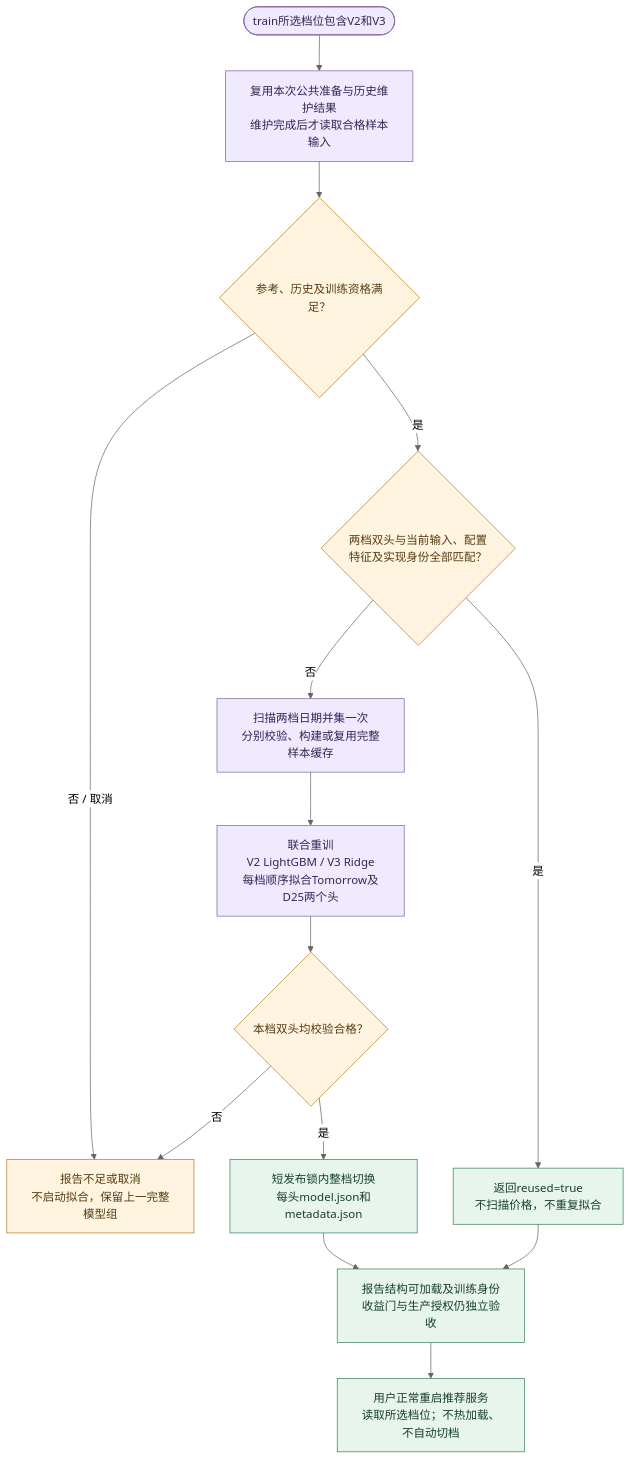
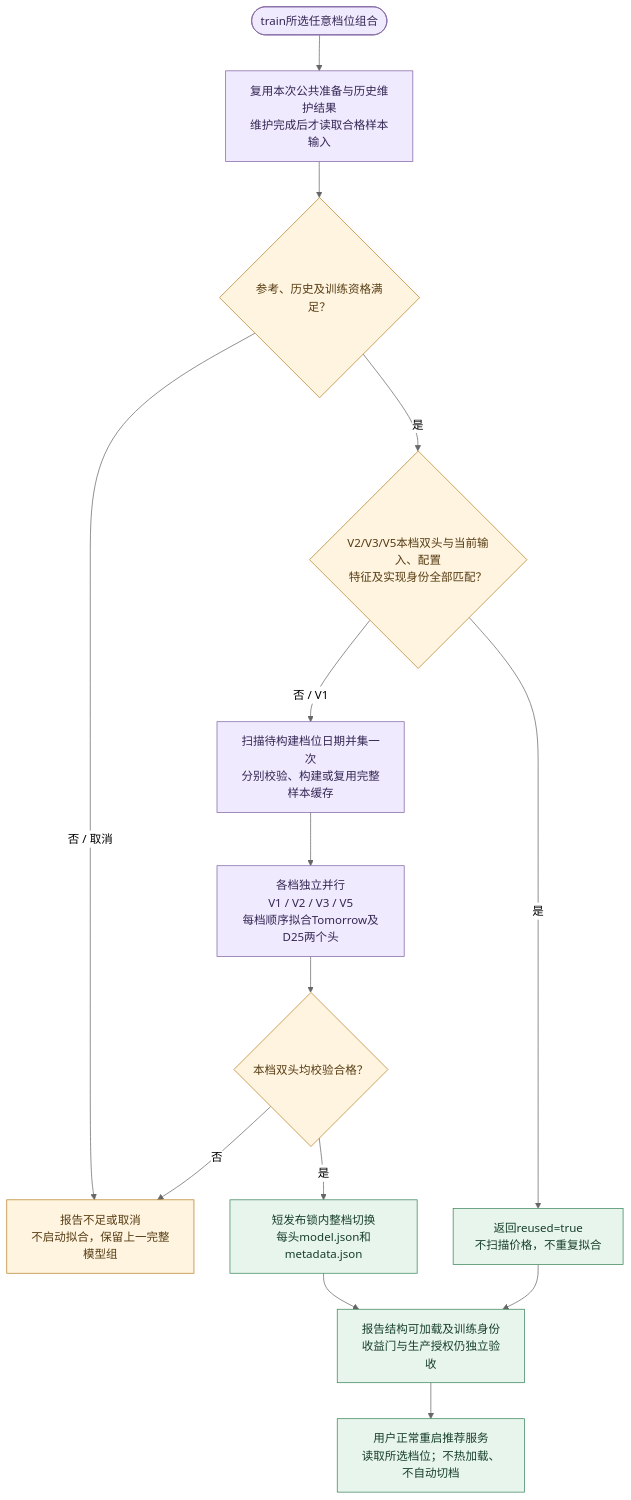
One commit to 373699756/trader changed the second of 4 diagrams in docs/4_下载训练.md. Above: the diagram before and after it, drawn with Mermaid (neutral theme). The commit also changed other lines of this file and 50 other files, not shown here.

````diff
--- a/docs/4_下载训练.md
+++ b/docs/4_下载训练.md
@@ -65,22 +65,22 @@
 ```mermaid
 flowchart TD
-    Train(["train所选档位包含V2和V3"]) --> History["复用本次公共准备与历史维护结果<br/>维护完成后才读取合格样本输入"]
+    Train(["train所选任意档位组合"]) --> History["复用本次公共准备与历史维护结果<br/>维护完成后才读取合格样本输入"]
     History --> Ready{"参考、历史及训练资格满足？"}
     Ready -->|否 / 取消| Stop["报告不足或取消<br/>不启动拟合，保留上一完整模型组"]
-    Ready -->|是| Identity{"两档双头与当前输入、配置<br/>特征及实现身份全部匹配？"}
+    Ready -->|是| Identity{"V2/V3/V5本档双头与当前输入、配置<br/>特征及实现身份全部匹配？"}
     Identity -->|是| Reuse["返回reused=true<br/>不扫描价格，不重复拟合"]
-    Identity -->|否| Samples["扫描两档日期并集一次<br/>分别校验、构建或复用完整样本缓存"]
-    Samples --> Fit["联合重训<br/>V2 LightGBM / V3 Ridge<br/>每档顺序拟合Tomorrow及D25两个头"]
+    Identity -->|否 / V1| Samples["扫描待构建档位日期并集一次<br/>分别校验、构建或复用完整样本缓存"]
+    Samples --> Fit["各档独立并行<br/>V1 / V2 / V3 / V5<br/>每档顺序拟合Tomorrow及D25两个头"]
     Fit --> Valid{"本档双头均校验合格？"}
     Valid -->|否| Stop
     Valid -->|是| Publish["短发布锁内整档切换<br/>每头model.json和metadata.json"]
     Publish --> Result["报告结构可加载及训练身份<br/>收益门与生产授权仍独立验收"]
     Reuse --> Result
     Result --> Restart["用户正常重启推荐服务<br/>读取所选档位；不热加载、不自动切档"]
     classDef work fill:#f0eaff,stroke:#8064a2,color:#342653;
     classDef result fill:#e7f5ec,stroke:#39845a,color:#173f2a;
     classDef gate fill:#fff4df,stroke:#b78126,color:#563c13;
     class Train,History,Samples,Fit work;
     class Reuse,Publish,Result,Restart result;
     class Ready,Identity,Valid,Stop gate;
 ```
````
